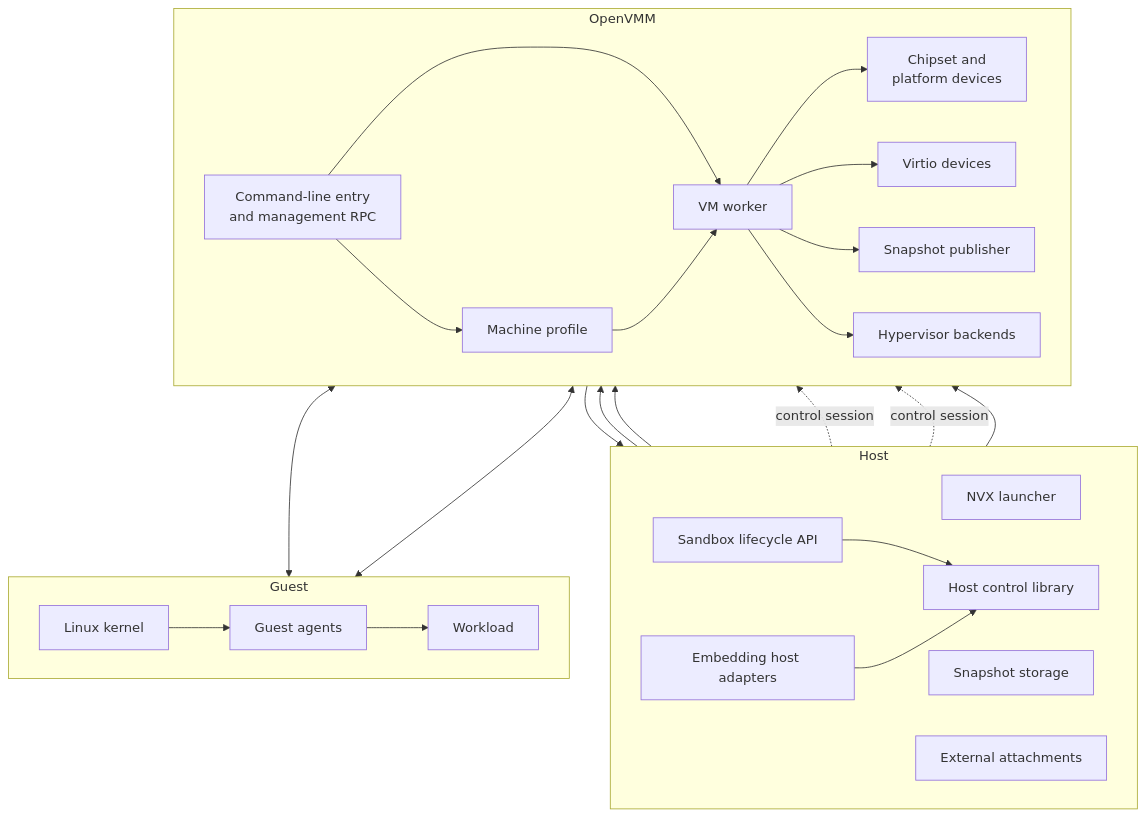
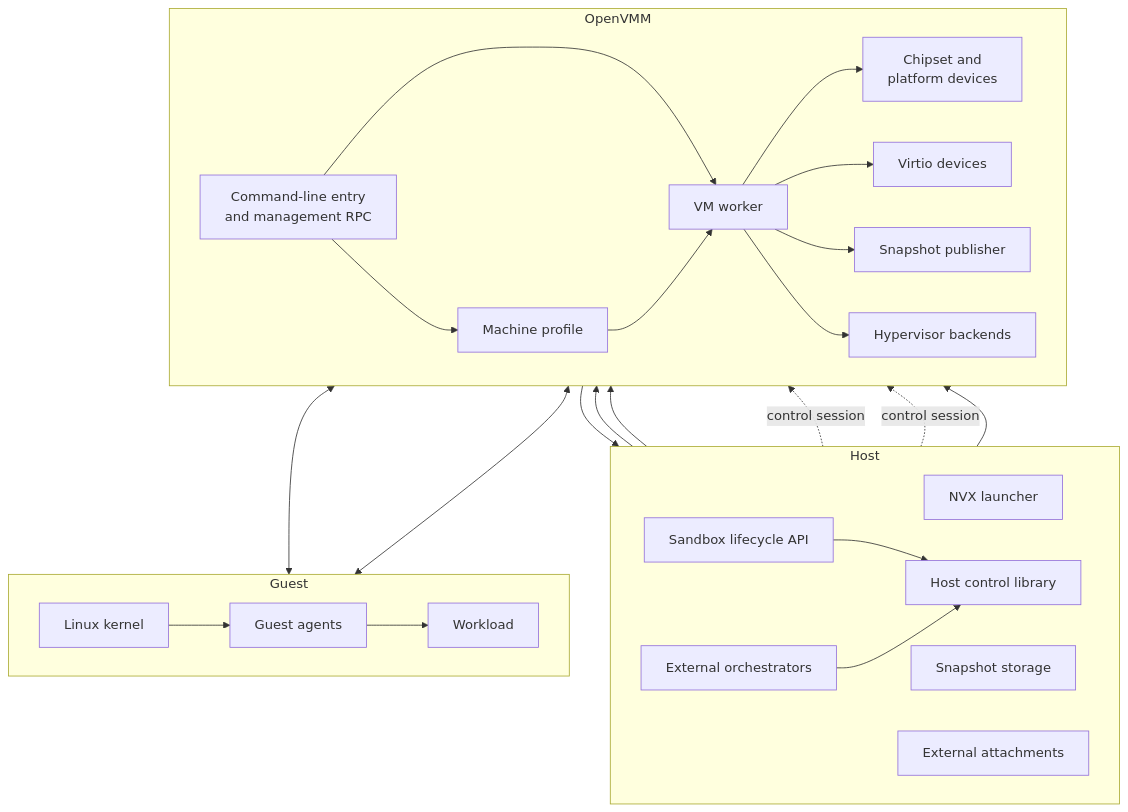
Before and after one commit to Jbansal2/nvx: the diagram in doc/design/1.3-system-components-and-responsibilities.md, drawn with Mermaid. The commit also changed other lines of this file and 1 other file, not shown here.

First line of the commit message:
doc: name external orchestrators and external guest agents

````diff
--- a/doc/design/1.3-system-components-and-responsibilities.md
+++ b/doc/design/1.3-system-components-and-responsibilities.md
@@ -14,50 +14,50 @@
 ```mermaid
 flowchart TB
    subgraph HostLayer["Host"]
       direction LR
       Launcher["NVX launcher"]
       LifecycleApi["Sandbox lifecycle API"]
-      Embedder["Embedding host adapters"]
+      External["External orchestrators"]
       ControlLibrary["Host control library"]
       Storage["Snapshot storage"]
       Attachments["External attachments"]
    end
 
    subgraph VmmLayer["OpenVMM"]
       direction LR
       Frontends["Command-line entry<br/>and management RPC"]
       Profile["Machine profile"]
       Worker["VM worker"]
       Chipset["Chipset and<br/>platform devices"]
       Virtio["Virtio devices"]
       Publisher["Snapshot publisher"]
       Backends["Hypervisor backends"]
    end
 
    subgraph GuestLayer["Guest"]
       direction LR
       Kernel["Linux kernel"]
       Agents["Guest agents"]
       Workload["Workload"]
    end
 
    Launcher --> Frontends
    LifecycleApi --> ControlLibrary
-   Embedder --> ControlLibrary
+   External --> ControlLibrary
    ControlLibrary --> Frontends
    Launcher -. control session .-> Virtio
    ControlLibrary -. control session .-> Virtio
    Frontends --> Profile
    Frontends --> Worker
    Profile --> Worker
    Worker --> Chipset
    Worker --> Virtio
    Worker --> Publisher
    Worker --> Backends
    Publisher --> Storage
    Attachments --> Virtio
    Chipset <--> Kernel
    Virtio <--> Kernel
    Kernel --> Agents
    Agents --> Workload
 ```
````
